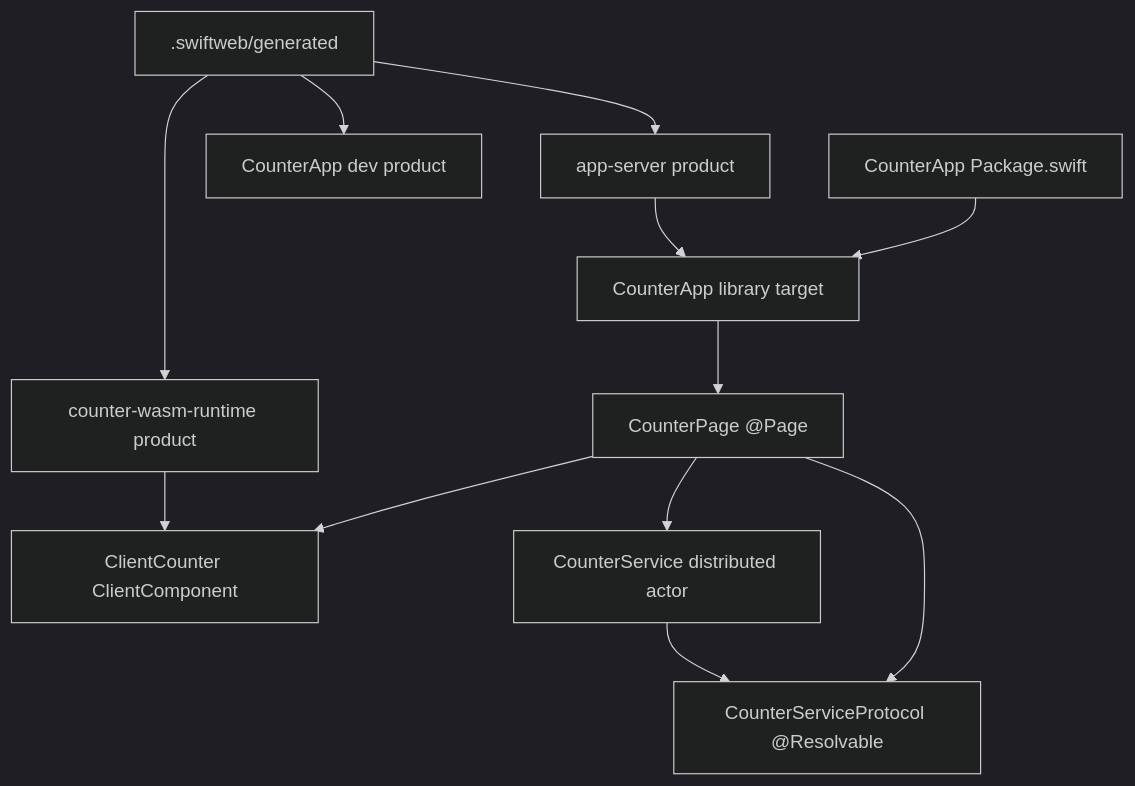
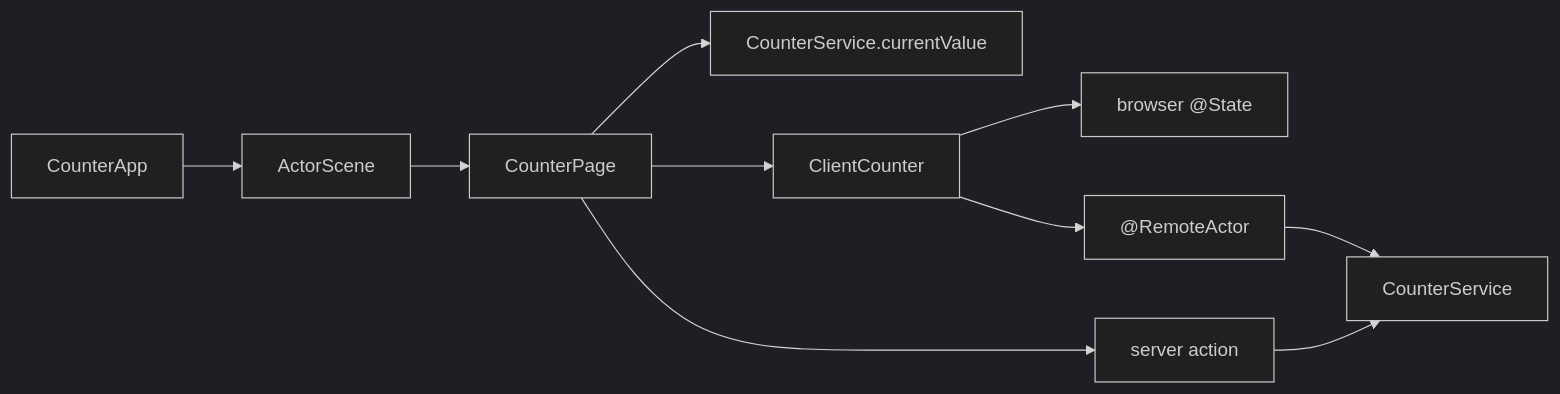
One commit to 1amageek/swift-web changed the diagram in Examples/CounterApp/README.md. Above: the diagram before and after it, drawn with Mermaid (dark theme). The commit also changed other lines of this file and 30 other files, not shown here.

````diff
--- a/Examples/CounterApp/README.md
+++ b/Examples/CounterApp/README.md
@@ -30,25 +9,12 @@
 ```mermaid
-flowchart TD
-  UserPackage["CounterApp Package.swift"]
-  AppTarget["CounterApp library target"]
-  GeneratedPackage[".swiftweb/generated"]
-  DevProduct["CounterApp dev product"]
-  ServerProduct["app-server product"]
-  WasmProduct["counter-wasm-runtime product"]
-  Page["CounterPage @Page"]
-  Client["ClientCounter ClientComponent"]
-  Contract["CounterServiceProtocol @Resolvable"]
-  Service["CounterService distributed actor"]
-
-  UserPackage --> AppTarget
-  AppTarget --> Page
-  Page --> Client
-  Page --> Contract
-  Page --> Service
-  Service --> Contract
-  GeneratedPackage --> DevProduct
-  GeneratedPackage --> ServerProduct
-  GeneratedPackage --> WasmProduct
-  ServerProduct --> AppTarget
-  WasmProduct --> Client
+flowchart LR
+  App["CounterApp"] --> ActorScene["ActorScene"]
+  ActorScene --> Page["CounterPage"]
+  Page --> Load["CounterService.currentValue"]
+  Page --> Client["ClientCounter"]
+  Client --> State["browser @State"]
+  Client --> Remote["@RemoteActor"]
+  Remote --> Service["CounterService"]
+  Page --> Action["server action"]
+  Action --> Service
 ```
````
